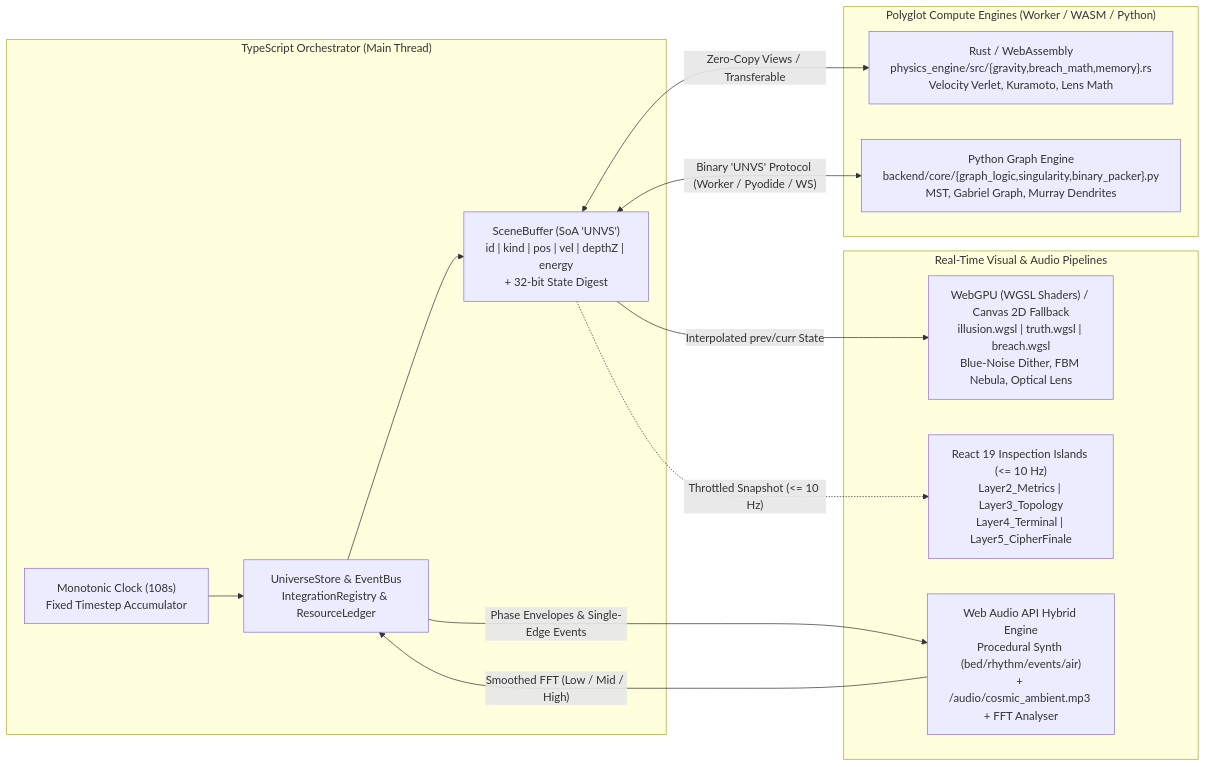
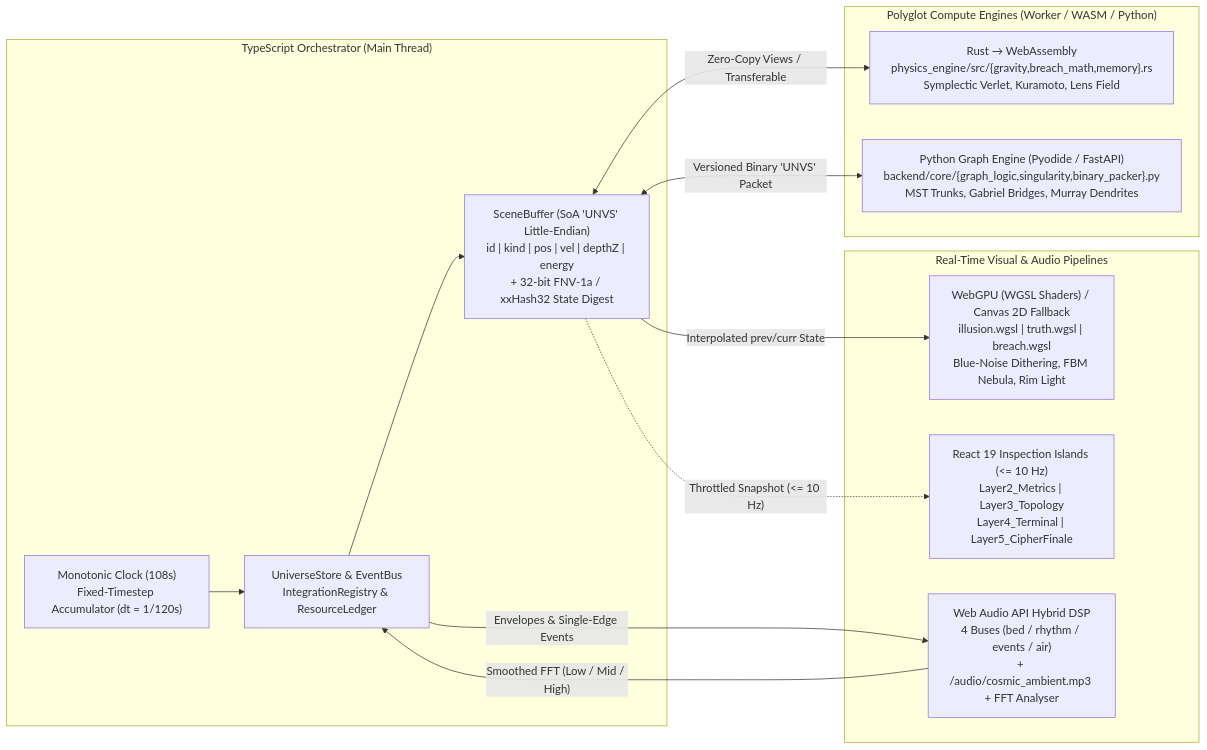
The diagram in README.md (DubnovAlexey/universe), drawn with Mermaid before and after one commit. The commit also changed other lines of this file, not shown here.

Commit message:
Update README to v2.0 with detailed documentation, architecture flow, runtime modes, controls, and data flow.

````diff
--- a/README.md
+++ b/README.md
@@ -34,28 +44,28 @@
 ```mermaid
 flowchart LR
   subgraph Core["TypeScript Orchestrator (Main Thread)"]
-    Clock["Monotonic Clock (108s)\nFixed Timestep Accumulator"]
+    Clock["Monotonic Clock (108s)\nFixed-Timestep Accumulator (dt = 1/120s)"]
     Store["UniverseStore & EventBus\nIntegrationRegistry & ResourceLedger"]
-    SceneBuf["SceneBuffer (SoA 'UNVS')\nid | kind | pos | vel | depthZ | energy\n+ 32-bit State Digest"]
+    SceneBuf["SceneBuffer (SoA 'UNVS' Little-Endian)\nid | kind | pos | vel | depthZ | energy\n+ 32-bit FNV-1a / xxHash32 State Digest"]
   end
 
   subgraph Compute["Polyglot Compute Engines (Worker / WASM / Python)"]
-    RustWasm["Rust / WebAssembly\nphysics_engine/src/{gravity,breach_math,memory}.rs\nVelocity Verlet, Kuramoto, Lens Math"]
-    PythonCore["Python Graph Engine\nbackend/core/{graph_logic,singularity,binary_packer}.py\nMST, Gabriel Graph, Murray Dendrites"]
+    RustWasm["Rust → WebAssembly\nphysics_engine/src/{gravity,breach_math,memory}.rs\nSymplectic Verlet, Kuramoto, Lens Field"]
+    PythonCore["Python Graph Engine (Pyodide / FastAPI)\nbackend/core/{graph_logic,singularity,binary_packer}.py\nMST Trunks, Gabriel Bridges, Murray Dendrites"]
   end
 
   subgraph RenderAudio["Real-Time Visual & Audio Pipelines"]
-    WebGPU["WebGPU (WGSL Shaders) / Canvas 2D Fallback\nillusion.wgsl | truth.wgsl | breach.wgsl\nBlue-Noise Dither, FBM Nebula, Optical Lens"]
-    WebAudio["Web Audio API Hybrid Engine\nProcedural Synth (bed/rhythm/events/air)\n+ /audio/cosmic_ambient.mp3 + FFT Analyser"]
+    WebGPU["WebGPU (WGSL Shaders) / Canvas 2D Fallback\nillusion.wgsl | truth.wgsl | breach.wgsl\nBlue-Noise Dithering, FBM Nebula, Rim Light"]
+    WebAudio["Web Audio API Hybrid DSP\n4 Buses (bed / rhythm / events / air)\n+ /audio/cosmic_ambient.mp3 + FFT Analyser"]
     ReactHUD["React 19 Inspection Islands (<= 10 Hz)\nLayer2_Metrics | Layer3_Topology\nLayer4_Terminal | Layer5_CipherFinale"]
   end
 
   Clock --> Store
   Store --> SceneBuf
   SceneBuf <-->|"Zero-Copy Views / Transferable"| RustWasm
-  SceneBuf <-->|"Binary 'UNVS' Protocol (Worker / Pyodide / WS)"| PythonCore
+  SceneBuf <-->|"Versioned Binary 'UNVS' Packet"| PythonCore
   SceneBuf -->|"Interpolated prev/curr State"| WebGPU
-  Store -->|"Phase Envelopes & Single-Edge Events"| WebAudio
+  Store -->|"Envelopes & Single-Edge Events"| WebAudio
   WebAudio -->|"Smoothed FFT (Low / Mid / High)"| Store
   SceneBuf -.->|"Throttled Snapshot (<= 10 Hz)"| ReactHUD
 ```
````
